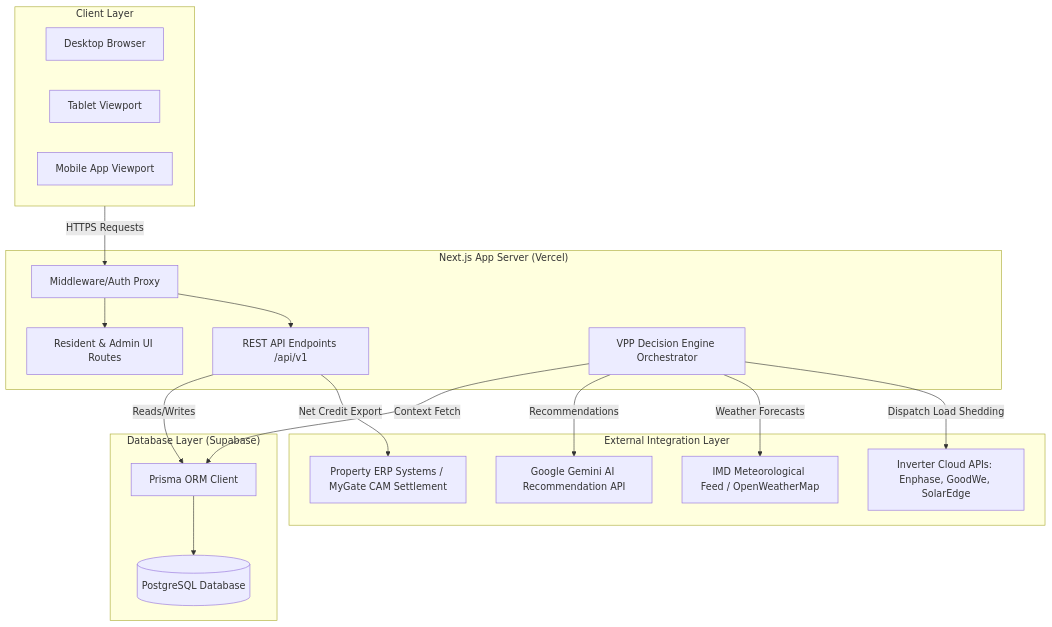
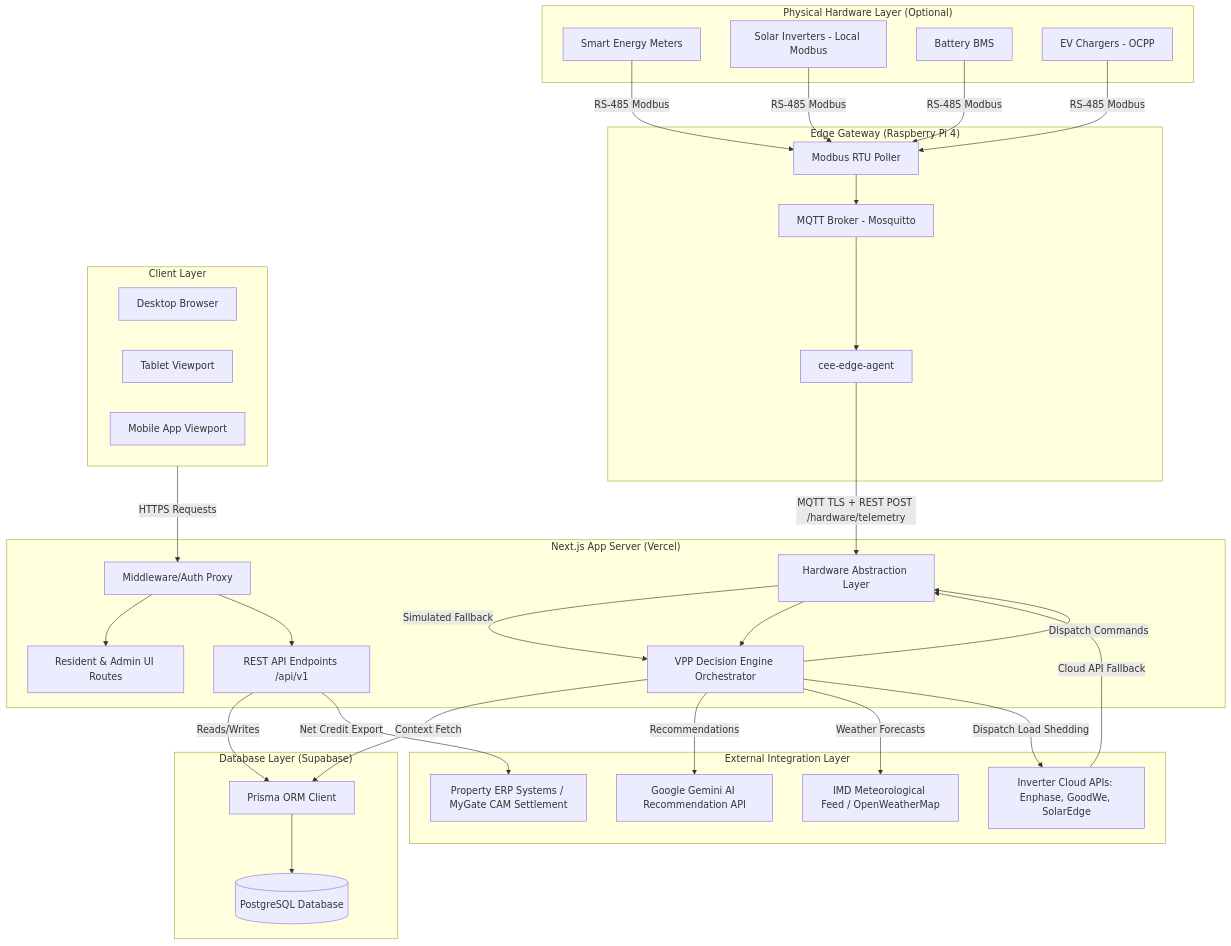
The first of 2 diagrams in cee-ai/ARCHITECTURE.md (Rhytam23/NYC), drawn with Mermaid before and after one commit. The commit also changed other lines of this file and 53 other files, not shown here.

Commit message:
feat: integrate modular hardware optional layer, HAL, endpoints, schema updates, and five demo role auth flows (RC2)

````diff
--- a/cee-ai/ARCHITECTURE.md
+++ b/cee-ai/ARCHITECTURE.md
@@ -11,38 +17,60 @@
 ```mermaid
 graph TD
+    subgraph Physical ["Physical Hardware Layer (Optional)"]
+        P1[Smart Energy Meters]
+        P2[Solar Inverters - Local Modbus]
+        P3[Battery BMS]
+        P4[EV Chargers - OCPP]
+    end
+
+    subgraph Edge ["Edge Gateway (Raspberry Pi 4)"]
+        E1[Modbus RTU Poller]
+        E2[MQTT Broker - Mosquitto]
+        E3[cee-edge-agent]
+    end
+
     subgraph Clients ["Client Layer"]
         A[Desktop Browser]
         B[Tablet Viewport]
         C[Mobile App Viewport]
     end
 
     subgraph Server ["Next.js App Server (Vercel)"]
         D[Middleware/Auth Proxy]
         E[Resident & Admin UI Routes]
         F[REST API Endpoints /api/v1]
         G[VPP Decision Engine Orchestrator]
+        HAL[Hardware Abstraction Layer]
     end
 
     subgraph External ["External Integration Layer"]
         H[Google Gemini AI Recommendation API]
         I[IMD Meteorological Feed / OpenWeatherMap]
         J[Inverter Cloud APIs: Enphase, GoodWe, SolarEdge]
         K[Property ERP Systems / MyGate CAM Settlement]
     end
 
     subgraph Storage ["Database Layer (Supabase)"]
         L[(PostgreSQL Database)]
         M[Prisma ORM Client]
     end
 
+    P1 & P2 & P3 & P4 -->|RS-485 Modbus| E1
+    E1 --> E2
+    E2 --> E3
+    E3 -->|MQTT TLS + REST POST /hardware/telemetry| HAL
+    J -->|Cloud API Fallback| HAL
+    HAL -->|Simulated Fallback| G
+    HAL --> G
     Clients -->|HTTPS Requests| D
     D --> E
     D --> F
     F -->|Reads/Writes| M
     M --> L
     G -->|Context Fetch| M
     G -->|Recommendations| H
     G -->|Weather Forecasts| I
     G -->|Dispatch Load Shedding| J
+    G -->|Dispatch Commands| HAL
     F -->|Net Credit Export| K
 ```
````
